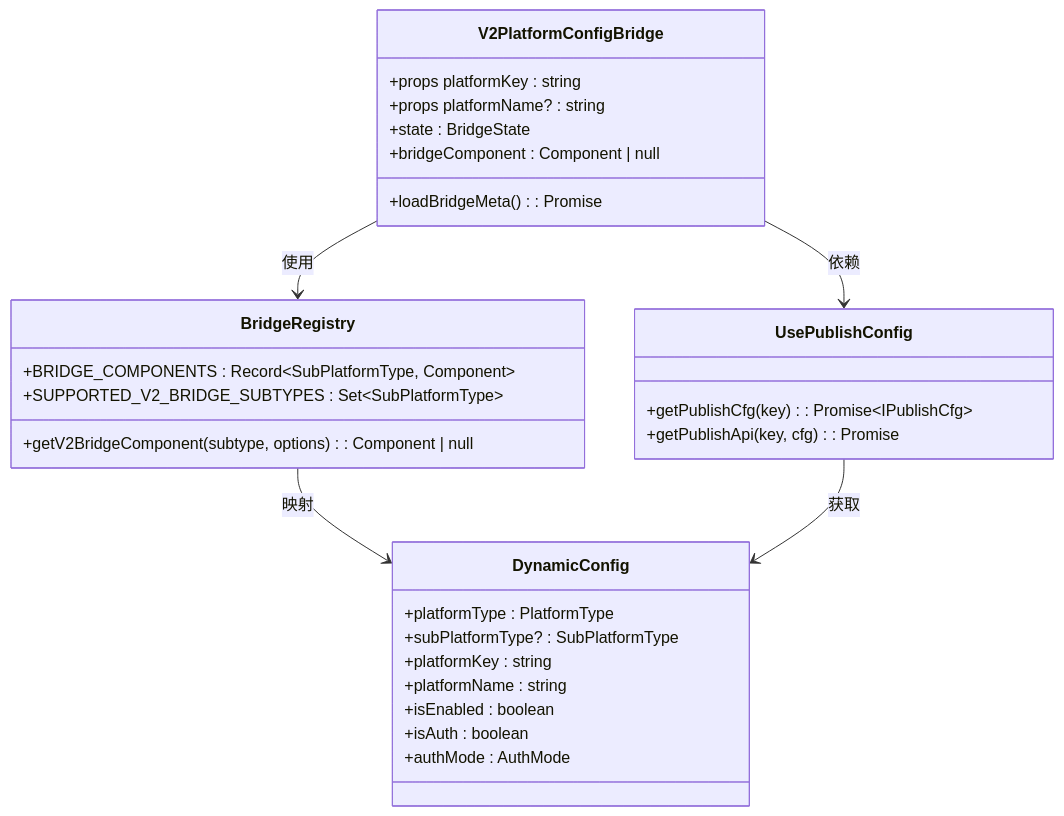
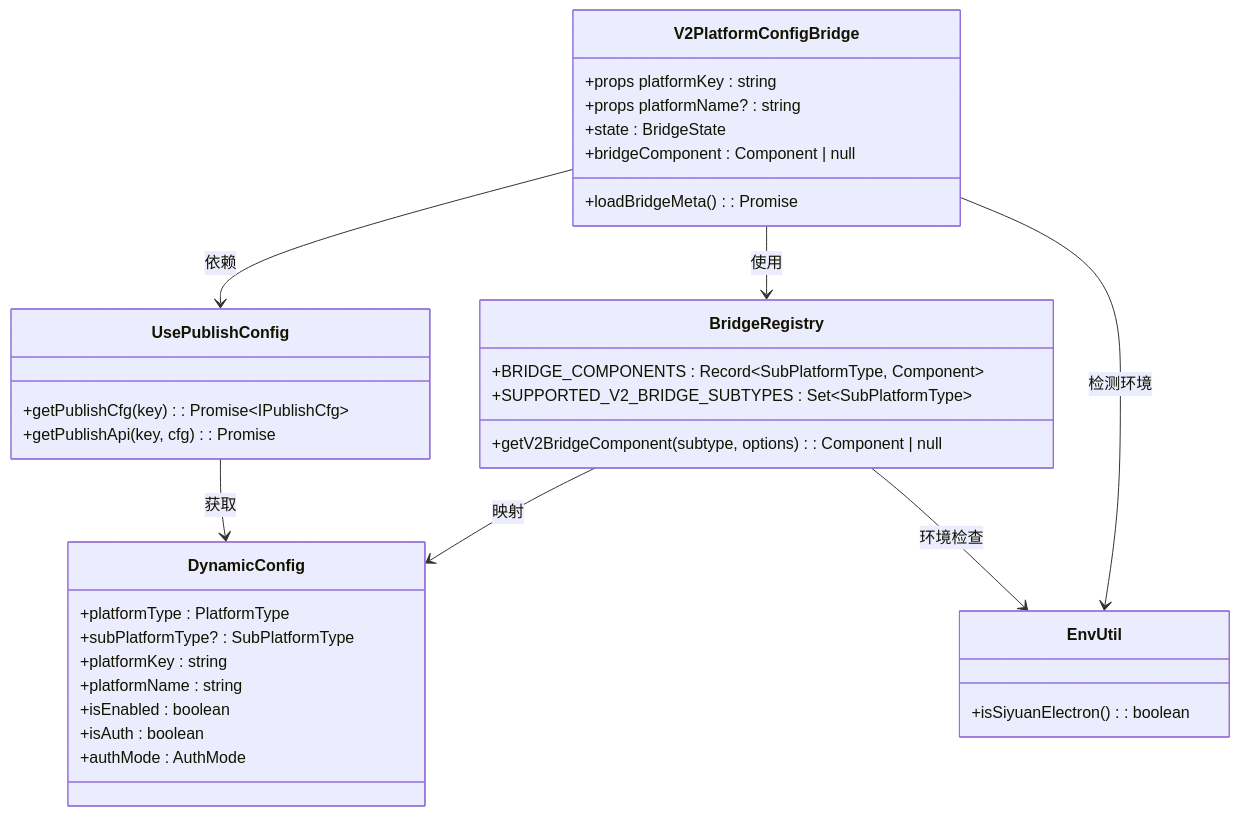
Before and after one commit to terwer/siyuan-plugin-publisher: the third of 7 diagrams in .qoder/repowiki/zh/content/V2 平台配置桥组件.md, drawn with Mermaid. The commit also changed other lines of this file and 49 other files, not shown here.

First line of the commit message:
refactor(v2): enhance platform config with env compatibility checks

````diff
--- a/.qoder/repowiki/zh/content/V2 平台配置桥组件.md
+++ b/.qoder/repowiki/zh/content/V2 平台配置桥组件.md
@@ -164,32 +190,37 @@
 ```mermaid
 classDiagram
 class V2PlatformConfigBridge {
 +props platformKey : string
 +props platformName? : string
 +state : BridgeState
 +loadBridgeMeta() : Promise<void>
 +bridgeComponent : Component | null
 }
 class BridgeRegistry {
 +BRIDGE_COMPONENTS : Record~SubPlatformType, Component~
 +getV2BridgeComponent(subtype, options) : Component | null
 +SUPPORTED_V2_BRIDGE_SUBTYPES : Set~SubPlatformType~
 }
 class DynamicConfig {
 +platformType : PlatformType
 +subPlatformType? : SubPlatformType
 +platformKey : string
 +platformName : string
 +isEnabled : boolean
 +isAuth : boolean
 +authMode : AuthMode
 }
 class UsePublishConfig {
 +getPublishCfg(key) : Promise~IPublishCfg~
 +getPublishApi(key, cfg) : Promise
 }
+class EnvUtil {
++isSiyuanElectron() : boolean
+}
 V2PlatformConfigBridge --> BridgeRegistry : 使用
 V2PlatformConfigBridge --> UsePublishConfig : 依赖
+V2PlatformConfigBridge --> EnvUtil : 检测环境
 BridgeRegistry --> DynamicConfig : 映射
+BridgeRegistry --> EnvUtil : 环境检查
 UsePublishConfig --> DynamicConfig : 获取
 ```
````
